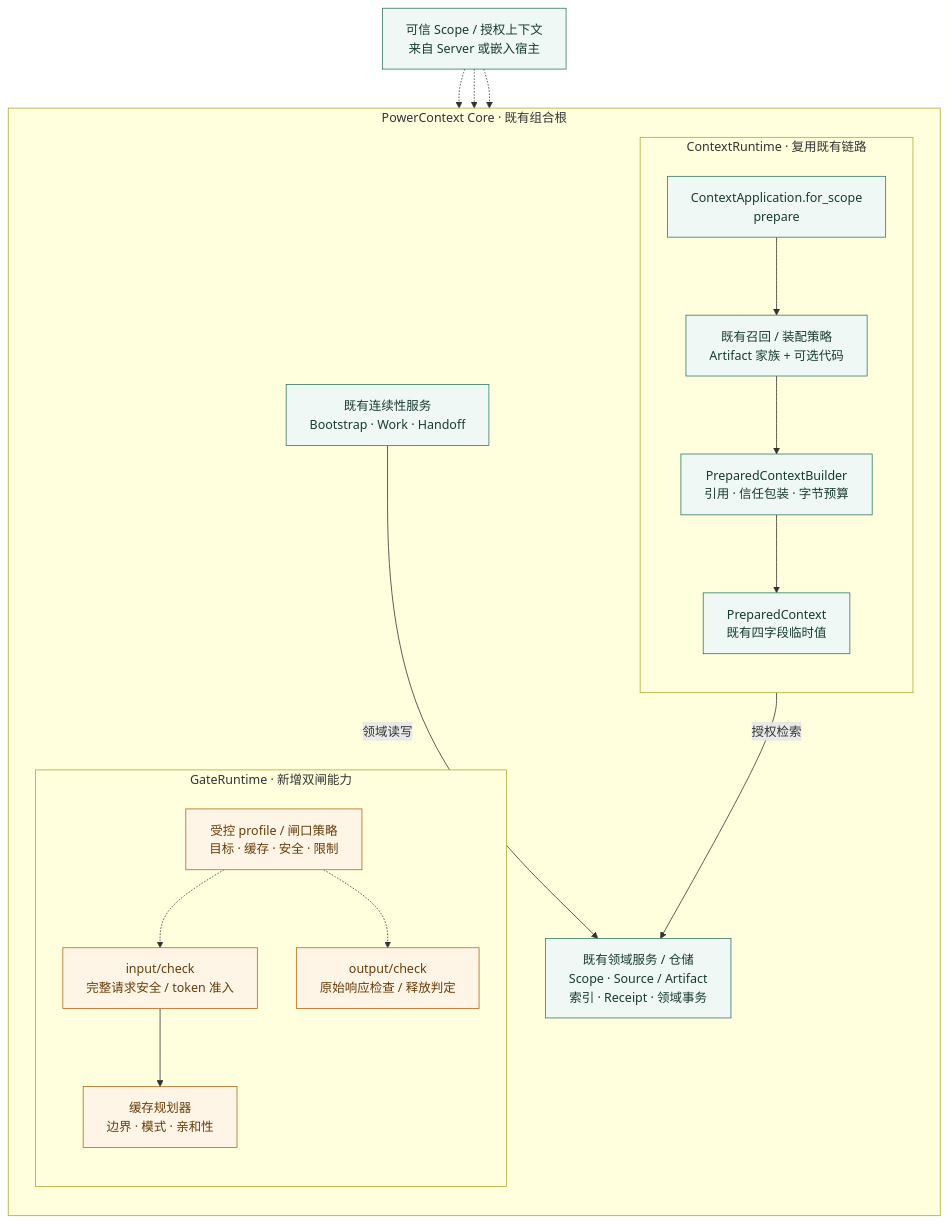
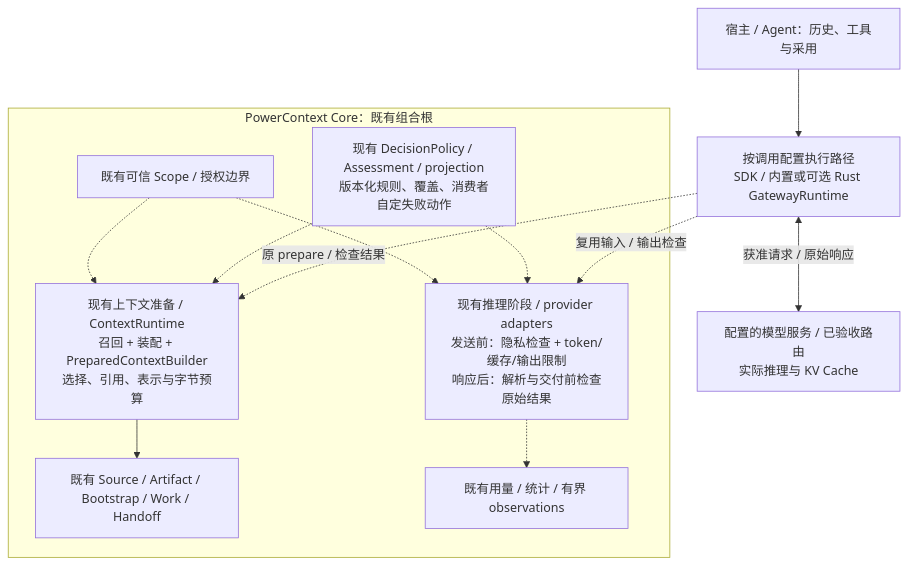
One commit to 2397819368a-oss/powercontext-2026 changed the first of 2 diagrams in docs/zh/rfcs/2086-core-inference-gates-and-optional-gateway.md. Above: the diagram before and after it, drawn with Mermaid. The commit also changed other lines of this file and 1 other file, not shown here.

Commit message:
docs(rfc): integrate privacy checks and token efficiency

````diff
--- a/docs/zh/rfcs/2086-core-inference-gates-and-optional-gateway.md
+++ b/docs/zh/rfcs/2086-core-inference-gates-and-optional-gateway.md
@@ -202,41 +117,26 @@
 ```mermaid
 flowchart TB
-    AUTH["可信 Scope / 授权上下文<br/>来自 Server 或嵌入宿主"]
+    HOST["宿主 / Agent：历史、工具与采用"]
+    EXEC["按调用配置执行路径<br/>SDK / 内置或可选 Rust GatewayRuntime"]
 
-    subgraph CORE["PowerContext Core · 既有组合根"]
-        direction TB
-        subgraph CONTEXT["ContextRuntime · 复用既有链路"]
-            direction TB
-            PREP["ContextApplication.for_scope<br/>prepare"]
-            RECALL["既有召回 / 装配策略<br/>Artifact 家族 + 可选代码"]
-            BUILD["PreparedContextBuilder<br/>引用 · 信任包装 · 字节预算"]
-            VALUE["PreparedContext<br/>既有四字段临时值"]
-            PREP --> RECALL --> BUILD --> VALUE
-        end
-
-        subgraph GATE["GateRuntime · 新增双闸能力"]
-            direction TB
-            PROFILE["受控 profile / 闸口策略<br/>目标 · 缓存 · 安全 · 限制"]
-            INPUT["input/check<br/>完整请求安全 / token 准入"]
-            CACHE["缓存规划器<br/>边界 · 模式 · 亲和性"]
-            OUTPUT["output/check<br/>原始响应检查 / 释放判定"]
-            PROFILE -.-> INPUT
-            PROFILE -.-> OUTPUT
-            INPUT --> CACHE
-        end
-
-        CONTINUITY["既有连续性服务<br/>Bootstrap · Work · Handoff"]
-        DATA["既有领域服务 / 仓储<br/>Scope · Source / Artifact<br/>索引 · Receipt · 领域事务"]
+    subgraph CORE["PowerContext Core：既有组合根"]
+        AUTH["既有可信 Scope / 授权边界"]
+        CONTEXT["现有上下文准备 / ContextRuntime<br/>召回 + 装配 + PreparedContextBuilder<br/>选择、引用、表示与字节预算"]
+        INFERENCE["现有推理阶段 / provider adapters<br/>发送前：隐私检查 + token/缓存/输出限制<br/>响应后：解析与交付前检查原始结果"]
+        POLICY["现有 DecisionPolicy / Assessment / projection<br/>版本化规则、覆盖、消费者自定失败动作"]
+        DATA["既有 Source / Artifact / Bootstrap / Work / Handoff"]
+        USAGE["既有用量 / 统计 / 有界 observations"]
+        AUTH -.-> CONTEXT
+        AUTH -.-> INFERENCE
+        CONTEXT --> DATA
+        POLICY -.-> INFERENCE
+        POLICY -.-> CONTEXT
+        INFERENCE -.-> USAGE
     end
 
-    AUTH -.-> CONTEXT
-    AUTH -.-> GATE
-    AUTH -.-> CONTINUITY
-    RECALL -->|"授权检索"| DATA
-    CONTINUITY -->|"领域读写"| DATA
-
-    classDef existing fill:#eff8f5,stroke:#337765,color:#183b32;
-    classDef added fill:#fff5e6,stroke:#ad6817,color:#663d0a;
-    class AUTH,PREP,RECALL,BUILD,VALUE,CONTINUITY,DATA existing;
-    class CACHE,INPUT,OUTPUT,PROFILE added;
+    MODEL["配置的模型服务 / 已验收路由<br/>实际推理与 KV Cache"]
+    HOST --> EXEC
+    EXEC -. "原 prepare / 检查结果" .-> CONTEXT
+    EXEC -. "复用输入 / 输出检查" .-> INFERENCE
+    EXEC <-->|"获准请求 / 原始响应"| MODEL
 ```
````
